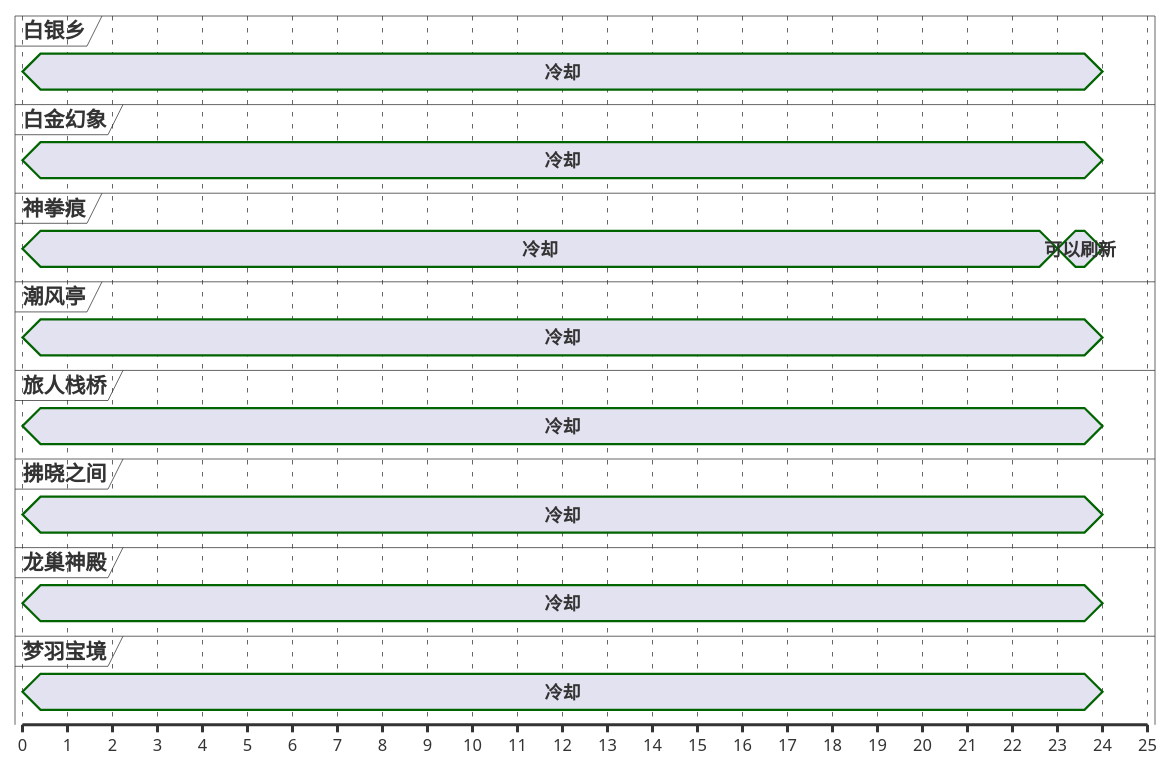
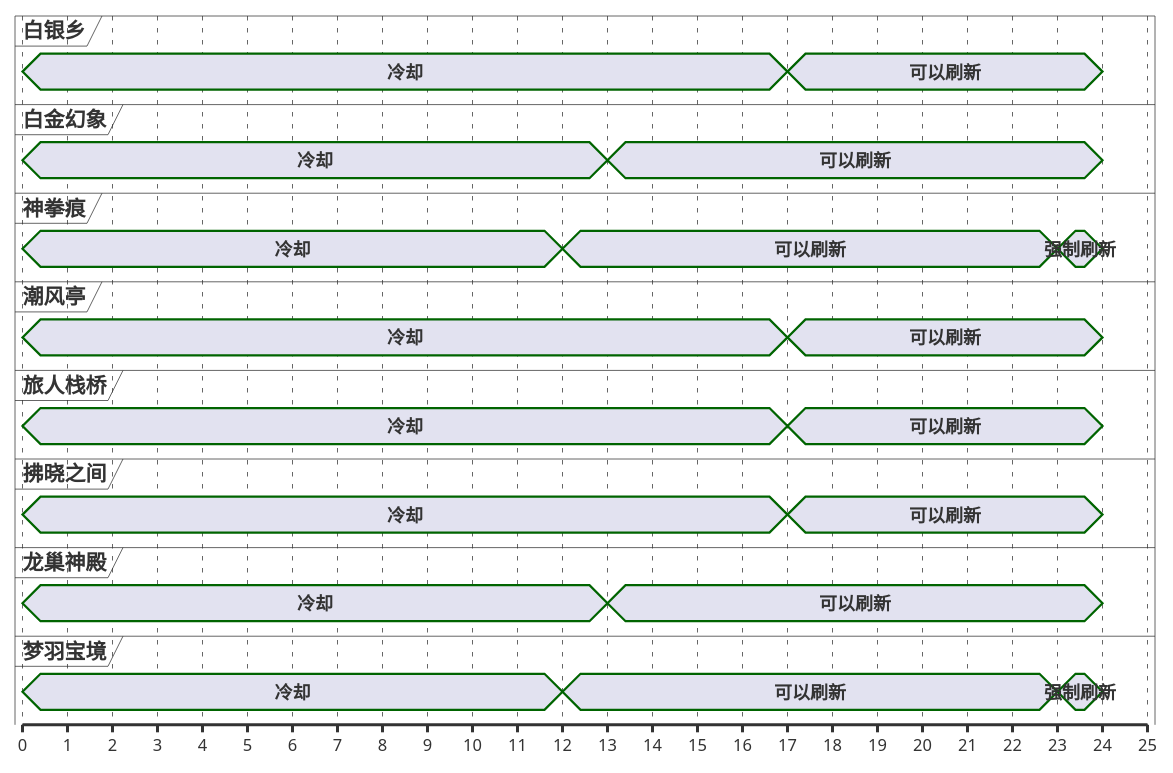
One commit to Eroleice/doc-pi changed the second of 13 diagrams in ffxiv/hunt/2.0/Brontes.md. Above: the diagram before and after it, drawn with PlantUML. The commit also changed other lines of this file and 38 other files, not shown here.

````diff
--- a/ffxiv/hunt/2.0/Brontes.md
+++ b/ffxiv/hunt/2.0/Brontes.md
@@ -84,48 +92,57 @@
 ```plantuml
 @startuml
 scale 1 as 30 pixels
 
 concise 白银乡
 concise 白金幻象
 concise 神拳痕
 concise 潮风亭
 concise 旅人栈桥
 concise 拂晓之间
 concise 龙巢神殿
 concise 梦羽宝境
 
 @神拳痕
 0 is 冷却
-23 is 可以刷新
+12 is 可以刷新
+23 is 强制刷新
 24 is {hidden}
 
 @梦羽宝境
 0 is 冷却
+12 is 可以刷新
+23 is 强制刷新
 24 is {hidden}
 
 @白银乡
 0 is 冷却
+17 is 可以刷新
 24 is {hidden}
 
 @潮风亭
 0 is 冷却
+17 is 可以刷新
 24 is {hidden}
 
 @拂晓之间
 0 is 冷却
+17 is 可以刷新
 24 is {hidden}
 
 @旅人栈桥
 0 is 冷却
+17 is 可以刷新
 24 is {hidden}
 
 @龙巢神殿
 0 is 冷却
+13 is 可以刷新
 24 is {hidden}
 
 @白金幻象
 0 is 冷却
+13 is 可以刷新
 24 is {hidden}
 
 @enduml
 ```
````
